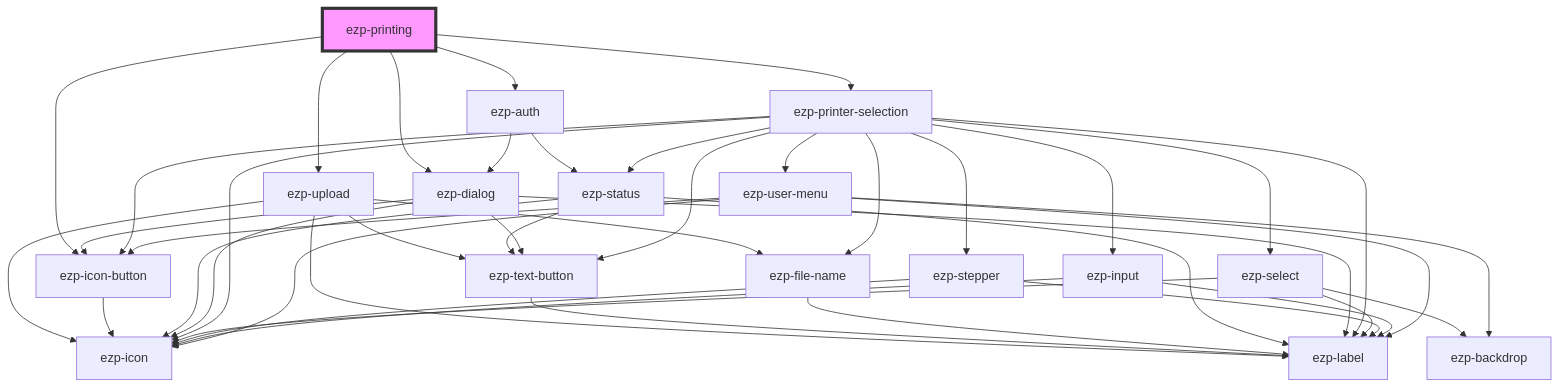
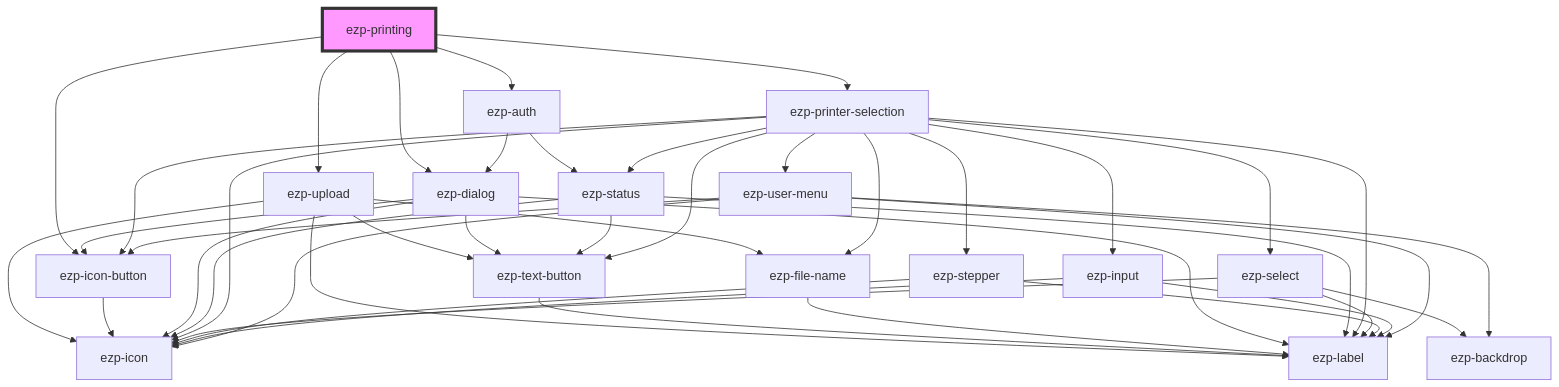
The diagram in src/components/ezp-printing/readme.md (ezeep/ezeep-js), drawn with Mermaid before and after one commit. The commit also changed other lines of this file and 3 other files, not shown here.

````diff
--- a/src/components/ezp-printing/readme.md
+++ b/src/components/ezp-printing/readme.md
@@ -119,46 +119,46 @@
 ```mermaid
 graph TD;
   ezp-printing --> ezp-upload
   ezp-printing --> ezp-icon-button
   ezp-printing --> ezp-auth
   ezp-printing --> ezp-printer-selection
   ezp-printing --> ezp-dialog
   ezp-upload --> ezp-icon
   ezp-upload --> ezp-label
   ezp-upload --> ezp-text-button
   ezp-upload --> ezp-file-name
   ezp-text-button --> ezp-label
   ezp-file-name --> ezp-label
   ezp-icon-button --> ezp-icon
+  ezp-auth --> ezp-dialog
   ezp-auth --> ezp-status
-  ezp-auth --> ezp-dialog
-  ezp-status --> ezp-icon
-  ezp-status --> ezp-label
-  ezp-status --> ezp-text-button
   ezp-dialog --> ezp-icon-button
   ezp-dialog --> ezp-icon
   ezp-dialog --> ezp-label
   ezp-dialog --> ezp-text-button
+  ezp-status --> ezp-icon
+  ezp-status --> ezp-label
+  ezp-status --> ezp-text-button
   ezp-printer-selection --> ezp-status
   ezp-printer-selection --> ezp-label
   ezp-printer-selection --> ezp-icon-button
   ezp-printer-selection --> ezp-icon
   ezp-printer-selection --> ezp-file-name
   ezp-printer-selection --> ezp-select
   ezp-printer-selection --> ezp-stepper
   ezp-printer-selection --> ezp-input
   ezp-printer-selection --> ezp-text-button
   ezp-printer-selection --> ezp-user-menu
   ezp-select --> ezp-backdrop
   ezp-select --> ezp-icon
   ezp-select --> ezp-label
   ezp-stepper --> ezp-icon
   ezp-stepper --> ezp-label
   ezp-input --> ezp-icon
   ezp-input --> ezp-label
   ezp-user-menu --> ezp-backdrop
   ezp-user-menu --> ezp-label
   ezp-user-menu --> ezp-icon-button
   ezp-user-menu --> ezp-icon
   style ezp-printing fill:#f9f,stroke:#333,stroke-width:4px
 ```
````
